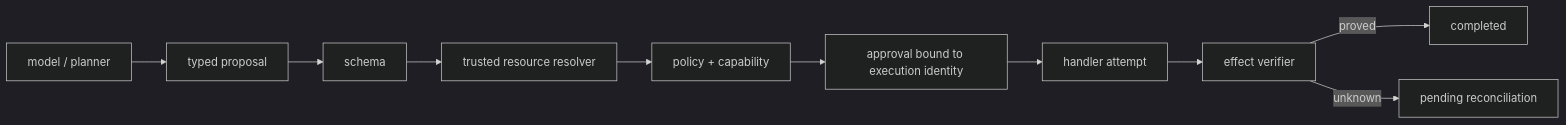
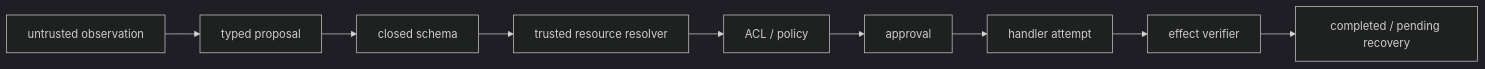
The diagram in docs/practice/projects/safe-agent.md (NightLemon/about-llm), drawn with Mermaid (dark theme) before and after one commit. The commit also changed other lines of this file and 9 other files, not shown here.

````diff
--- a/docs/practice/projects/safe-agent.md
+++ b/docs/practice/projects/safe-agent.md
@@ -13,12 +15,11 @@
 ```mermaid
 flowchart LR
-    M["model / planner"] --> P["typed proposal"]
-    P --> S["schema"]
-    S --> R["trusted resource resolver"]
-    R --> Y["policy + capability"]
-    Y --> A["approval bound to execution identity"]
-    A --> H["handler attempt"]
-    H --> V["effect verifier"]
-    V -->|"proved"| C["completed"]
-    V -->|"unknown"| U["pending reconciliation"]
+  O["untrusted observation"] --> P["typed proposal"]
+  P --> S["closed schema"]
+  S --> R["trusted resource resolver"]
+  R --> A["ACL / policy"]
+  A --> U["approval"]
+  U --> H["handler attempt"]
+  H --> V["effect verifier"]
+  V --> C["completed / pending recovery"]
 ```
````
